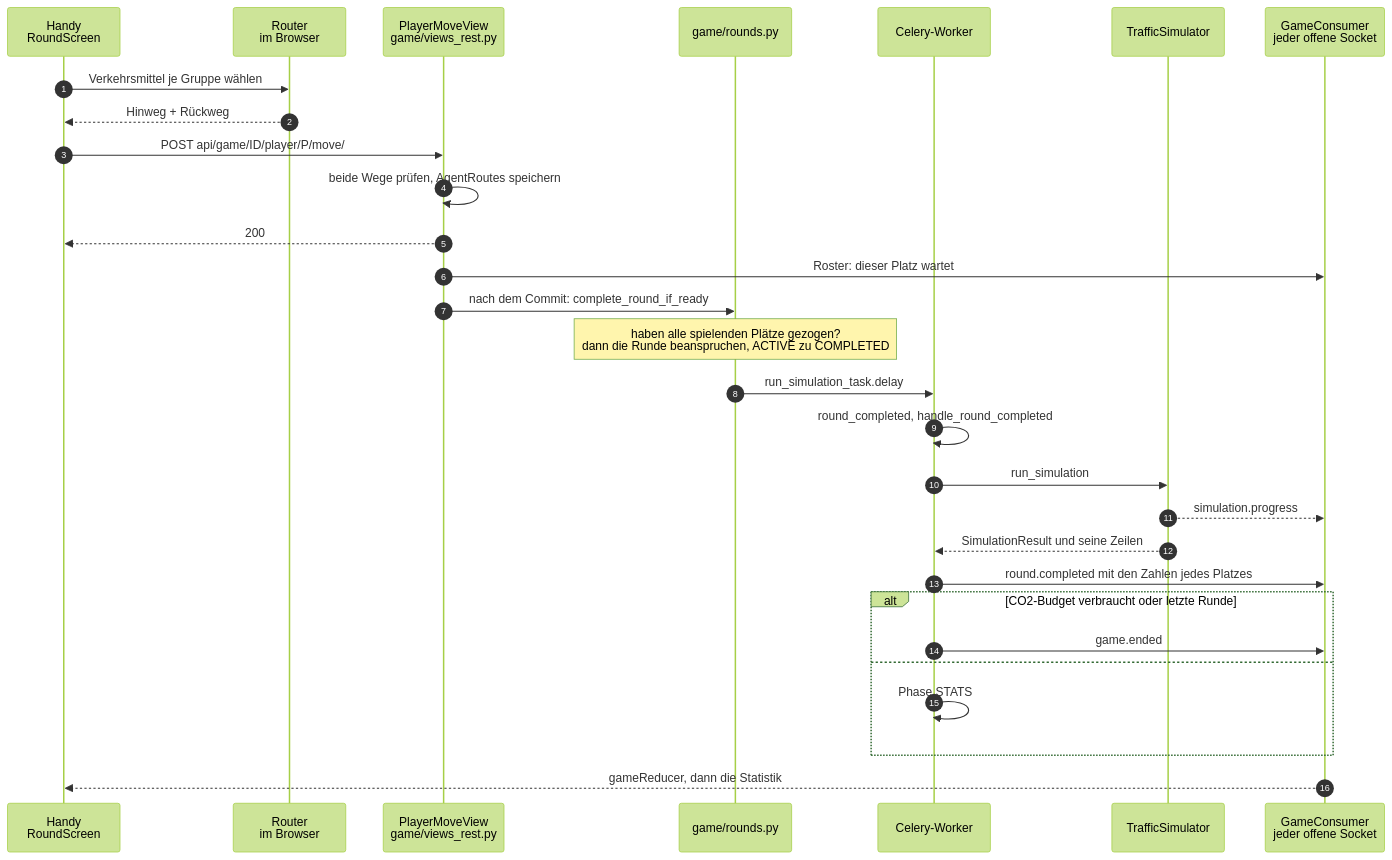
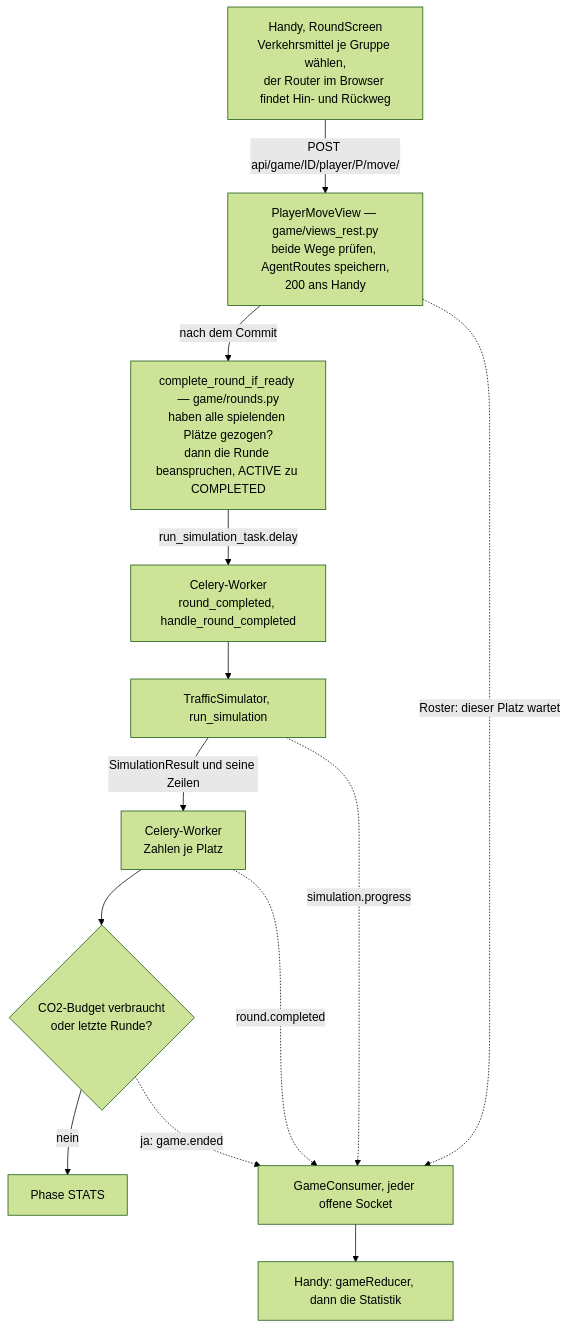
One commit to luke-hirsch/co2mmute changed the fifth of 12 diagrams in docs/de-flowcharts.md. Above: the diagram before and after it, drawn with Mermaid (forest theme). The commit also changed other lines of this file and 16 other files, not shown here.

````diff
--- a/docs/de-flowcharts.md
+++ b/docs/de-flowcharts.md
@@ -184,32 +191,16 @@
 ```mermaid
-sequenceDiagram
-    autonumber
-    participant P as Handy<br>RoundScreen
-    participant R as Router<br>im Browser
-    participant API as PlayerMoveView<br>game/views_rest.py
-    participant RD as game/rounds.py
-    participant W as Celery-Worker
-    participant S as TrafficSimulator
-    participant WS as GameConsumer<br>jeder offene Socket
-
-    P->>R: Verkehrsmittel je Gruppe wählen
-    R-->>P: Hinweg + Rückweg
-    P->>API: POST api/game/ID/player/P/move/
-    API->>API: beide Wege prüfen, AgentRoutes speichern
-    API-->>P: 200
-    API->>WS: Roster: dieser Platz wartet
-    API->>RD: nach dem Commit: complete_round_if_ready
-    Note over RD: haben alle spielenden Plätze gezogen?<br>dann die Runde beanspruchen, ACTIVE zu COMPLETED
-    RD->>W: run_simulation_task.delay
-    W->>W: round_completed, handle_round_completed
-    W->>S: run_simulation
-    S-->>WS: simulation.progress
-    S-->>W: SimulationResult und seine Zeilen
-    W->>WS: round.completed mit den Zahlen jedes Platzes
-    alt CO2-Budget verbraucht oder letzte Runde
-        W->>WS: game.ended
-    else
-        W->>W: Phase STATS
-    end
-    WS-->>P: gameReducer, dann die Statistik
+flowchart TD
+    pick["Handy, RoundScreen<br>Verkehrsmittel je Gruppe wählen,<br>der Router im Browser findet Hin- und Rückweg"]
+    pick -->|"POST api/game/ID/player/P/move/"| move["PlayerMoveView — game/views_rest.py<br>beide Wege prüfen, AgentRoutes speichern,<br>200 ans Handy"]
+    move -->|"nach dem Commit"| ready["complete_round_if_ready — game/rounds.py<br>haben alle spielenden Plätze gezogen?<br>dann die Runde beanspruchen, ACTIVE zu COMPLETED"]
+    ready -->|"run_simulation_task.delay"| worker["Celery-Worker<br>round_completed, handle_round_completed"]
+    worker --> sim["TrafficSimulator, run_simulation"]
+    sim -->|"SimulationResult und seine Zeilen"| numbers["Celery-Worker<br>Zahlen je Platz"]
+    numbers --> over{"CO2-Budget verbraucht<br>oder letzte Runde?"}
+    over -->|"nein"| stats["Phase STATS"]
+    sockets["GameConsumer, jeder offene Socket"] --> screen["Handy: gameReducer, dann die Statistik"]
+    move -.->|"Roster: dieser Platz wartet"| sockets
+    sim -.->|"simulation.progress"| sockets
+    numbers -.->|"round.completed"| sockets
+    over -.->|"ja: game.ended"| sockets
 ```
````
